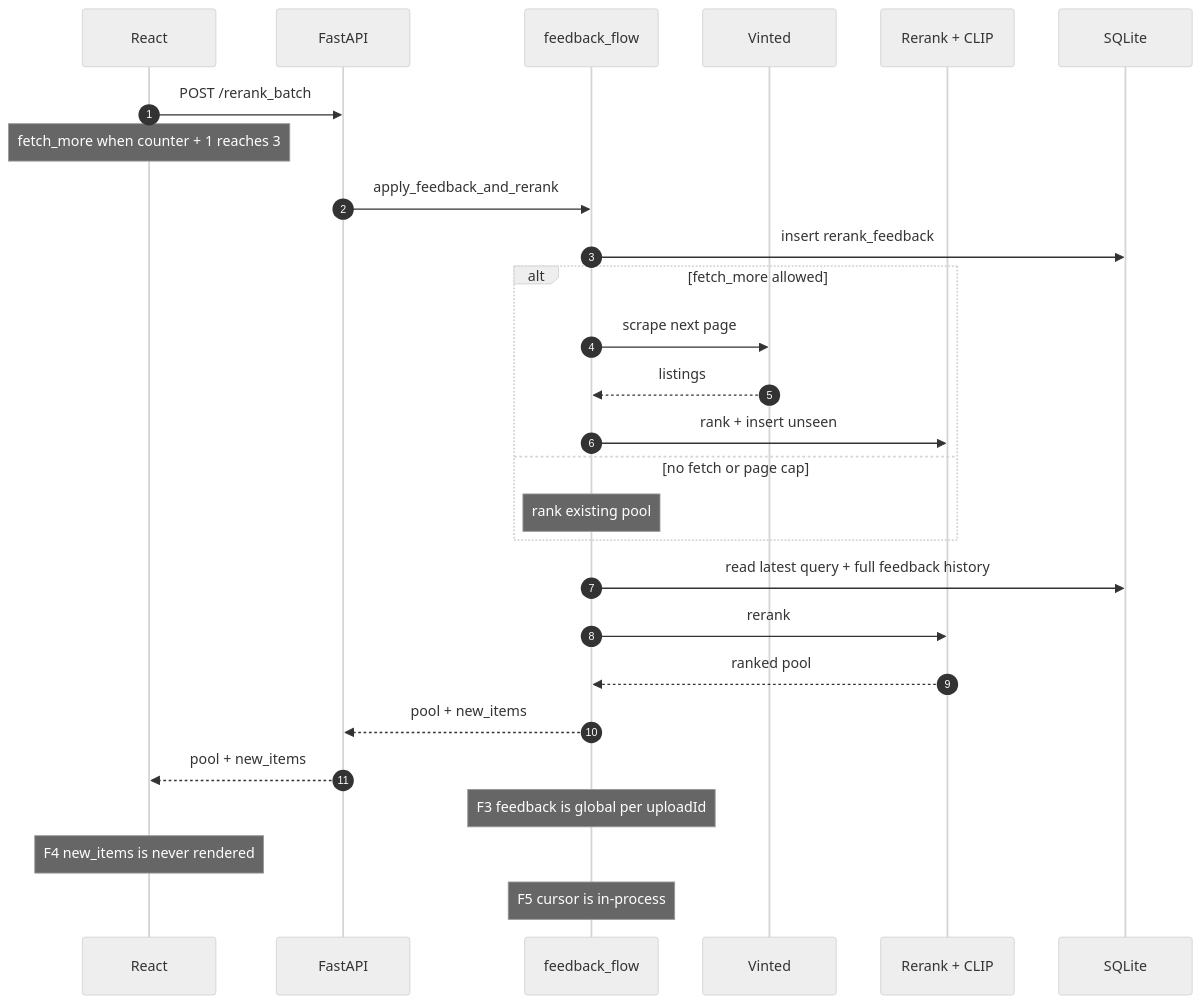
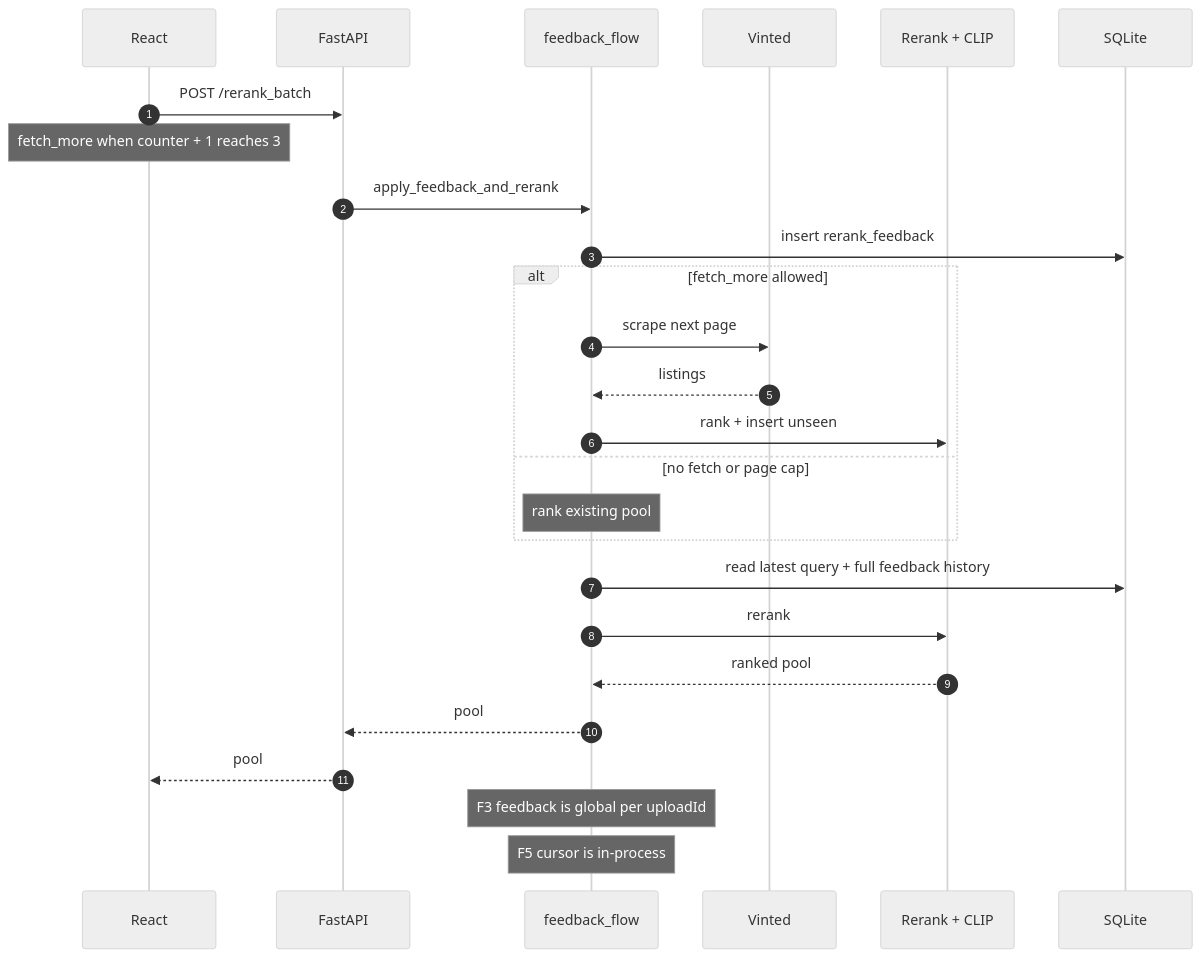
The fourth of 6 diagrams in docs/flows/README.md (bvechiato/rack-sorter), drawn with Mermaid (neutral theme) before and after one commit. The commit also changed other lines of this file and 6 other files, not shown here.

````diff
--- a/docs/flows/README.md
+++ b/docs/flows/README.md
@@ -185,30 +185,29 @@
 ```mermaid
 sequenceDiagram
     autonumber
     participant UI as React
     participant API as FastAPI
     participant FB as feedback_flow
     participant V as Vinted
     participant ML as Rerank + CLIP
     participant DB as SQLite
 
     UI->>API: POST /rerank_batch
     Note over UI: fetch_more when counter + 1 reaches 3
     API->>FB: apply_feedback_and_rerank
     FB->>DB: insert rerank_feedback
     alt fetch_more allowed
         FB->>V: scrape next page
         V-->>FB: listings
         FB->>ML: rank + insert unseen
     else no fetch or page cap
         Note over FB: rank existing pool
     end
     FB->>DB: read latest query + full feedback history
     FB->>ML: rerank
     ML-->>FB: ranked pool
-    FB-->>API: pool + new_items
-    API-->>UI: pool + new_items
+    FB-->>API: pool
+    API-->>UI: pool
     Note over FB: F3 feedback is global per uploadId
-    Note over UI: F4 new_items is never rendered
     Note over FB: F5 cursor is in-process
 ```
````
